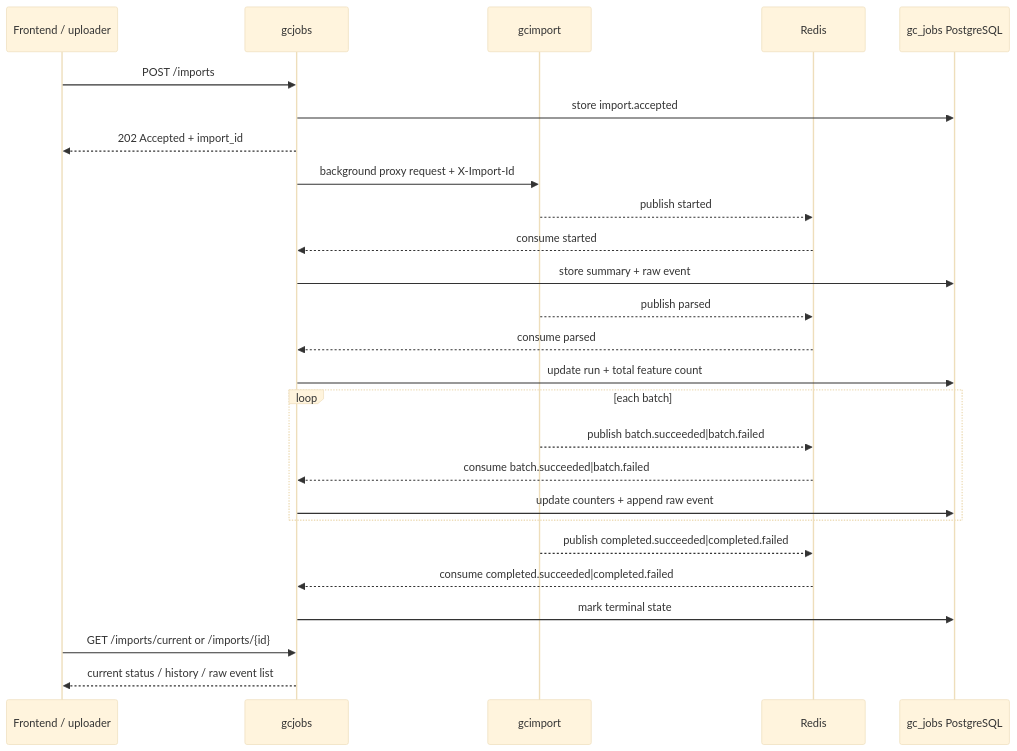
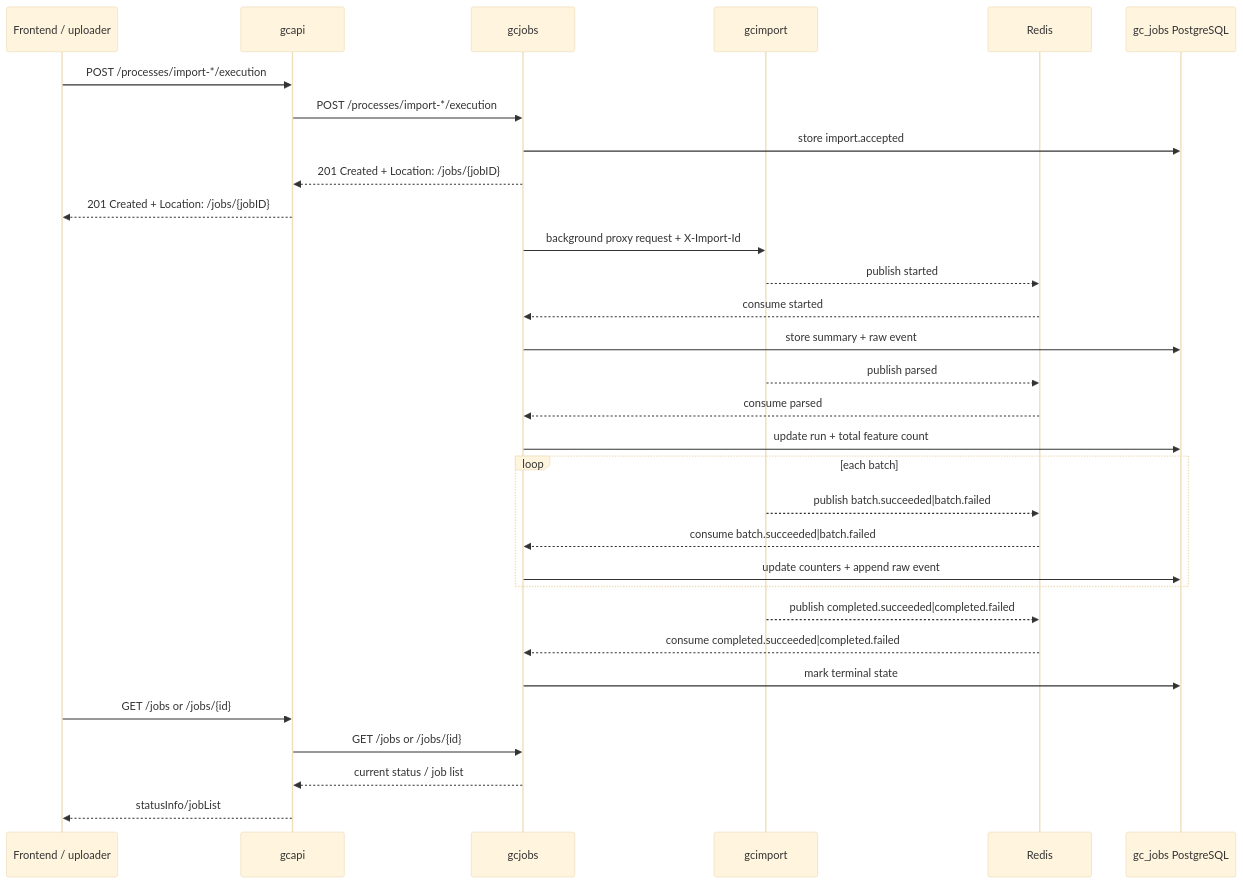
Before and after one commit to kartverket/topografisk-gdb-api: the eighth of 10 diagrams in docs/ARCHITECTURE.md, drawn with Mermaid (base theme). The commit also changed other lines of this file and 39 other files, not shown here.

````diff
--- a/docs/ARCHITECTURE.md
+++ b/docs/ARCHITECTURE.md
@@ -321,32 +331,37 @@
 ```mermaid
 sequenceDiagram
   participant FE as Frontend / uploader
+  participant A as gcapi
   participant J as gcjobs
   participant I as gcimport
   participant R as Redis
   participant JDB as gc_jobs PostgreSQL
 
-  FE->>J: POST /imports
+  FE->>A: POST /processes/import-*/execution
+  A->>J: POST /processes/import-*/execution
   J->>JDB: store import.accepted
-  J-->>FE: 202 Accepted + import_id
+  J-->>A: 201 Created + Location: /jobs/{jobID}
+  A-->>FE: 201 Created + Location: /jobs/{jobID}
   J->>I: background proxy request + X-Import-Id
   I-->>R: publish started
   R-->>J: consume started
   J->>JDB: store summary + raw event
 
   I-->>R: publish parsed
   R-->>J: consume parsed
   J->>JDB: update run + total feature count
 
   loop each batch
     I-->>R: publish batch.succeeded|batch.failed
     R-->>J: consume batch.succeeded|batch.failed
     J->>JDB: update counters + append raw event
   end
 
   I-->>R: publish completed.succeeded|completed.failed
   R-->>J: consume completed.succeeded|completed.failed
   J->>JDB: mark terminal state
-  FE->>J: GET /imports/current or /imports/{id}
-  J-->>FE: current status / history / raw event list
+  FE->>A: GET /jobs or /jobs/{id}
+  A->>J: GET /jobs or /jobs/{id}
+  J-->>A: current status / job list
+  A-->>FE: statusInfo/jobList
 ```
````
